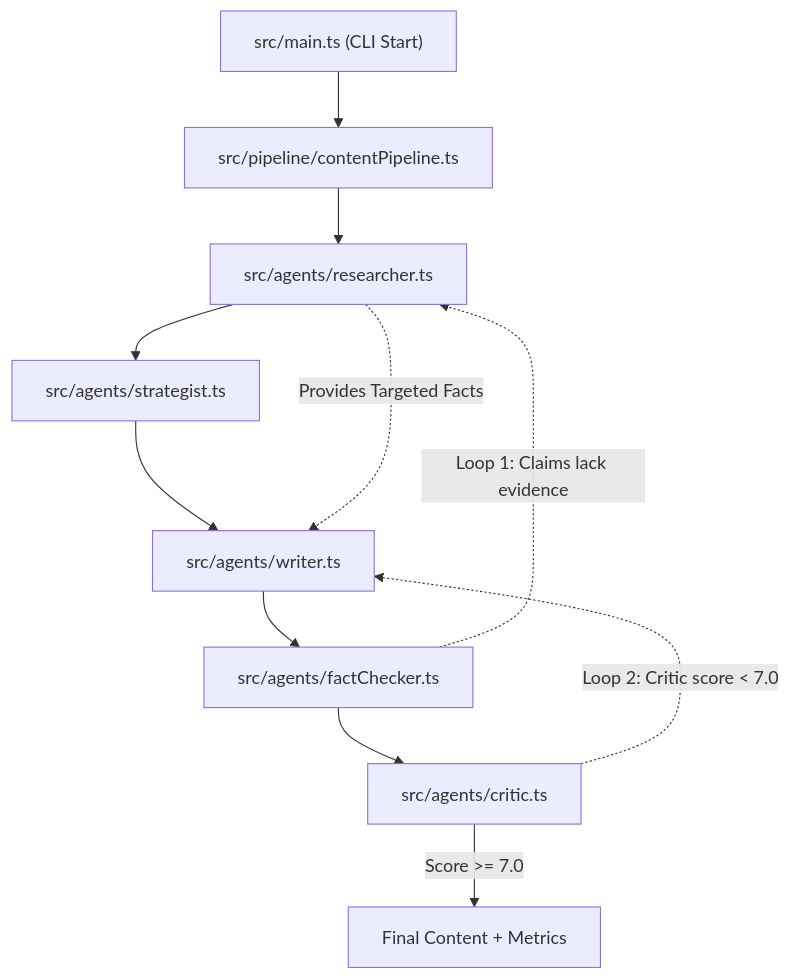
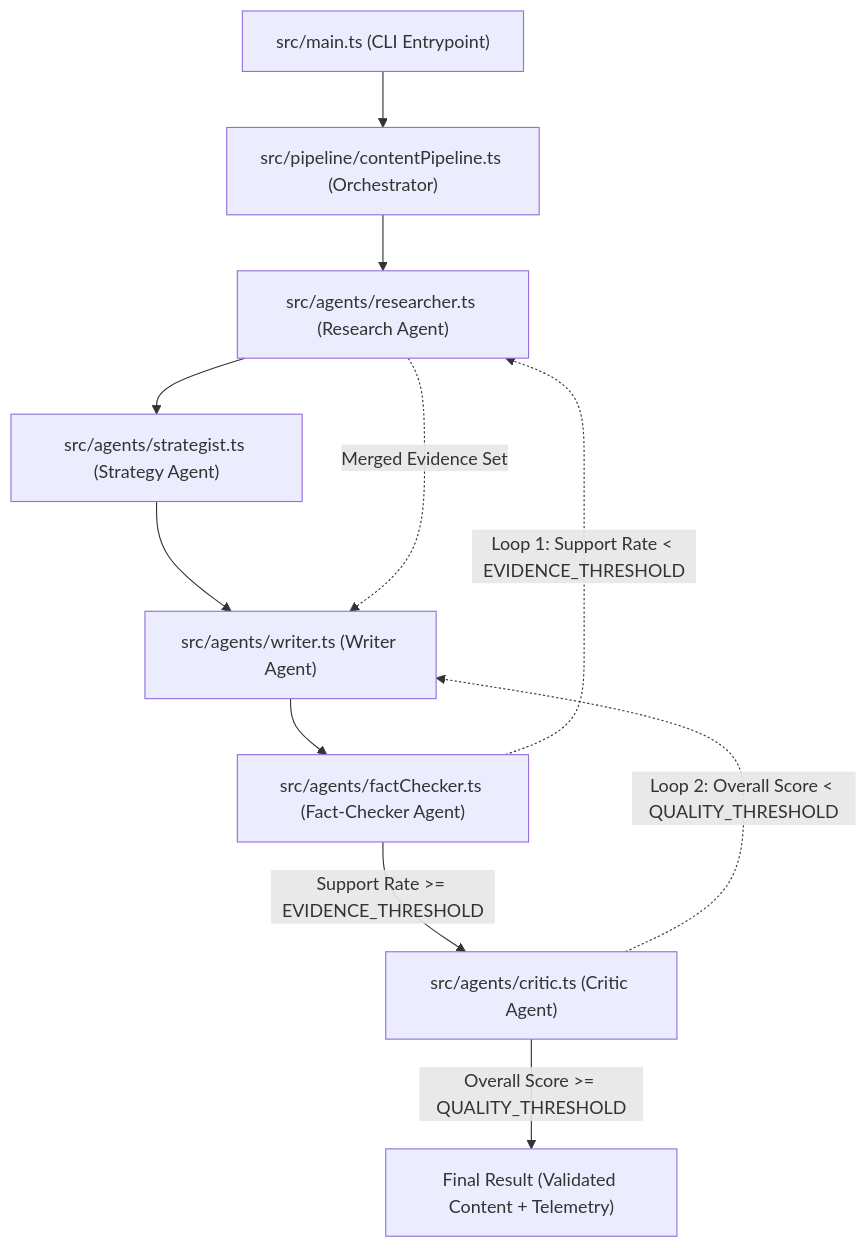
The diagram in README.md (the-avc/Content-Intelligence-Agent), drawn with Mermaid before and after one commit. The commit also changed other lines of this file and 13 other files, not shown here.

Commit message:
feat: implement multi-agent content intelligence pipeline with research, writing, fact-checking, and evaluation tools

````diff
--- a/README.md
+++ b/README.md
@@ -25,29 +11,29 @@
 ```mermaid
 flowchart TD
-    Main["src/main.ts (CLI Start)"]
-    Pipeline["src/pipeline/contentPipeline.ts"]
+    Main["src/main.ts (CLI Entrypoint)"]
+    Pipeline["src/pipeline/contentPipeline.ts (Orchestrator)"]
     
-    Researcher["src/agents/researcher.ts"]
-    Strategist["src/agents/strategist.ts"]
-    Writer["src/agents/writer.ts"]
-    FactChecker["src/agents/factChecker.ts"]
-    Critic["src/agents/critic.ts"]
+    Researcher["src/agents/researcher.ts (Research Agent)"]
+    Strategist["src/agents/strategist.ts (Strategy Agent)"]
+    Writer["src/agents/writer.ts (Writer Agent)"]
+    FactChecker["src/agents/factChecker.ts (Fact-Checker Agent)"]
+    Critic["src/agents/critic.ts (Critic Agent)"]
     
-    Output["Final Content + Metrics"]
+    Output["Final Result (Validated Content + Telemetry)"]
 
     Main --> Pipeline
     Pipeline --> Researcher
     Researcher --> Strategist
     Strategist --> Writer
     Writer --> FactChecker
     
-    %% Loop 1: Evidence Gap
-    FactChecker -.->|"Loop 1: Claims lack evidence"| Researcher
-    Researcher -.->|"Provides Targeted Facts"| Writer
+    %% Loop 1: Evidence Gap Mitigation
+    FactChecker -.->|"Loop 1: Support Rate < EVIDENCE_THRESHOLD"| Researcher
+    Researcher -.->|"Merged Evidence Set"| Writer
     
-    FactChecker --> Critic
+    FactChecker -->|"Support Rate >= EVIDENCE_THRESHOLD"| Critic
     
-    %% Loop 2: Quality Revision
-    Critic -.->|"Loop 2: Critic score < 7.0"| Writer
-    Critic -->|"Score >= 7.0"| Output
+    %% Loop 2: Quality & Style Convergence
+    Critic -.->|"Loop 2: Overall Score < QUALITY_THRESHOLD"| Writer
+    Critic -->|"Overall Score >= QUALITY_THRESHOLD"| Output
 ```
````
